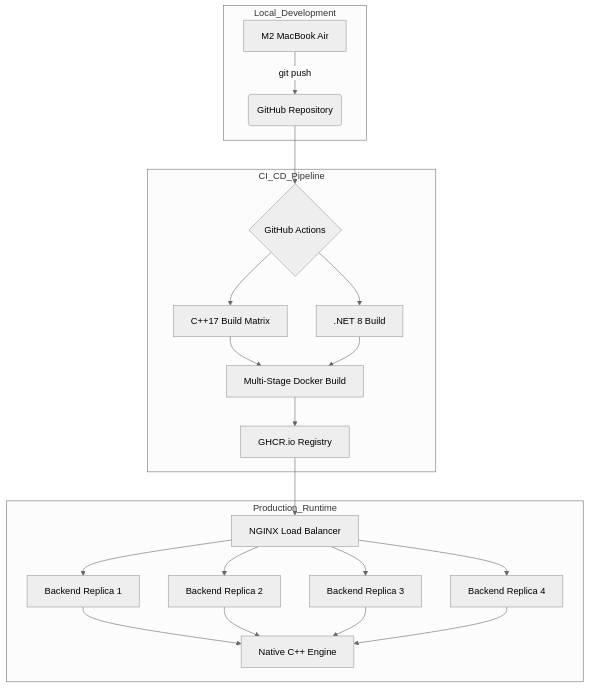
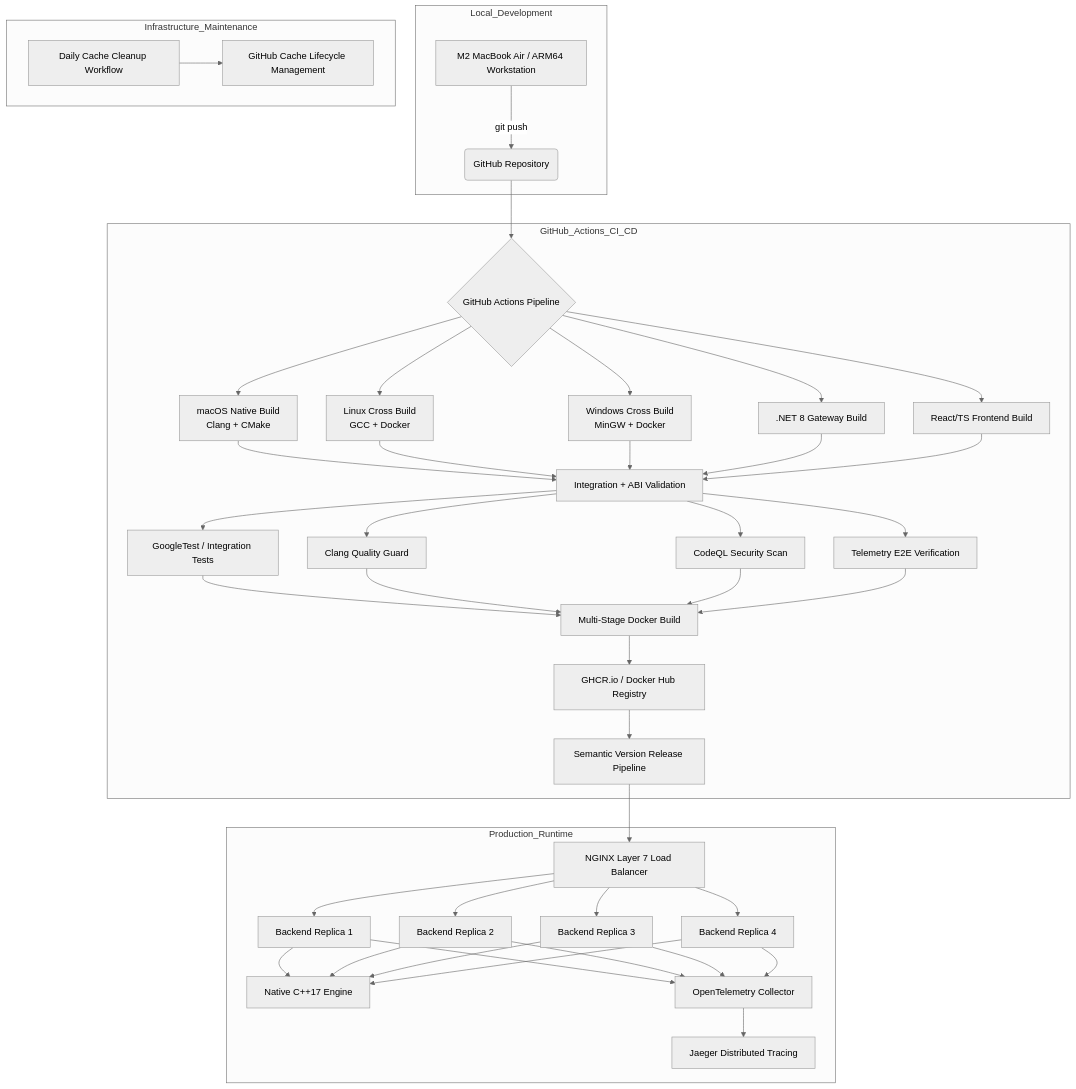
The diagram in README.md (nitishhsinghhh/case-conversion-api), drawn with Mermaid (neutral theme) before and after one commit. The commit also changed 1 other file, not shown here.

Commit message:
Updated CI/CD & Deployment Pipeline diagram (#70)
* Updated Readme file for dessign patterns used.

* Updated CI/CD & Deployment Pipeline diagram

````diff
--- a/README.md
+++ b/README.md
@@ -118,23 +118,88 @@
 ```mermaid
 graph TD
+
+    %% =========================
+    %% LOCAL DEVELOPMENT
+    %% =========================
     subgraph Local_Development
-        A[M2 MacBook Air] -->|git push| B(GitHub Repository)
+        A[M2 MacBook Air / ARM64 Workstation]
+        A -->|git push| B(GitHub Repository)
     end
 
-    subgraph CI_CD_Pipeline
-        B --> C{GitHub Actions}
-        C --> D[C++17 Build Matrix]
-        C --> E[.NET 8 Build]
-        D & E --> F[Multi-Stage Docker Build]
-        F --> G[GHCR.io Registry]
+    %% =========================
+    %% CI/CD ORCHESTRATION
+    %% =========================
+    subgraph GitHub_Actions_CI_CD
+        B --> C{GitHub Actions Pipeline}
+
+        %% Native Builds
+        C --> D1[macOS Native Build<br/>Clang + CMake]
+        C --> D2[Linux Cross Build<br/>GCC + Docker]
+        C --> D3[Windows Cross Build<br/>MinGW + Docker]
+
+        %% Managed + Frontend
+        C --> E1[.NET 8 Gateway Build]
+        C --> E2[React/TS Frontend Build]
+
+        %% Validation
+        D1 --> F
+        D2 --> F
+        D3 --> F
+        E1 --> F
+        E2 --> F
+
+        F[Integration + ABI Validation]
+
+        %% Quality & Security
+        F --> G1[GoogleTest / Integration Tests]
+        F --> G2[Clang Quality Guard]
+        F --> G3[CodeQL Security Scan]
+        F --> G4[Telemetry E2E Verification]
+
+        %% Packaging
+        G1 --> H[Multi-Stage Docker Build]
+        G2 --> H
+        G3 --> H
+        G4 --> H
+
+        %% Registry
+        H --> I[GHCR.io / Docker Hub Registry]
+
+        %% Release
+        I --> J[Semantic Version Release Pipeline]
     end
 
+    %% =========================
+    %% DEPLOYMENT RUNTIME
+    %% =========================
     subgraph Production_Runtime
-        G --> H[NGINX Load Balancer]
-        H --> I[Backend Replica 1]
-        H --> J[Backend Replica 2]
-        H --> K[Backend Replica 3]
-        H --> L[Backend Replica 4]
-        I & J & K & L --> M[Native C++ Engine]
+        J --> K[NGINX Layer 7 Load Balancer]
+
+        K --> L1[Backend Replica 1]
+        K --> L2[Backend Replica 2]
+        K --> L3[Backend Replica 3]
+        K --> L4[Backend Replica 4]
+
+        %% Native Engine
+        L1 --> M[Native C++17 Engine]
+        L2 --> M
+        L3 --> M
+        L4 --> M
+
+        %% Observability
+        L1 --> N[OpenTelemetry Collector]
+        L2 --> N
+        L3 --> N
+        L4 --> N
+
+        N --> O[Jaeger Distributed Tracing]
+    end
+
+    %% =========================
+    %% CACHE & MAINTENANCE
+    %% =========================
+    subgraph Infrastructure_Maintenance
+        P[Daily Cache Cleanup Workflow]
+        P --> Q[GitHub Cache Lifecycle Management]
     end
 ```
````
